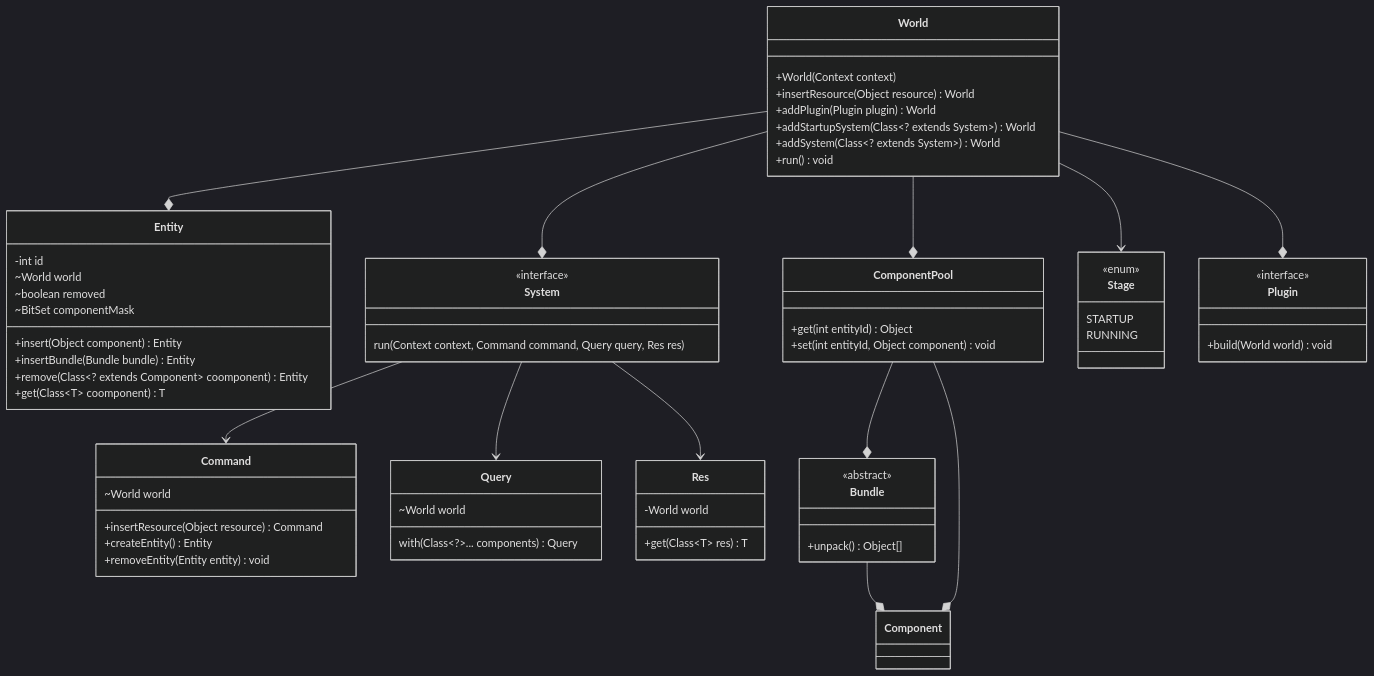
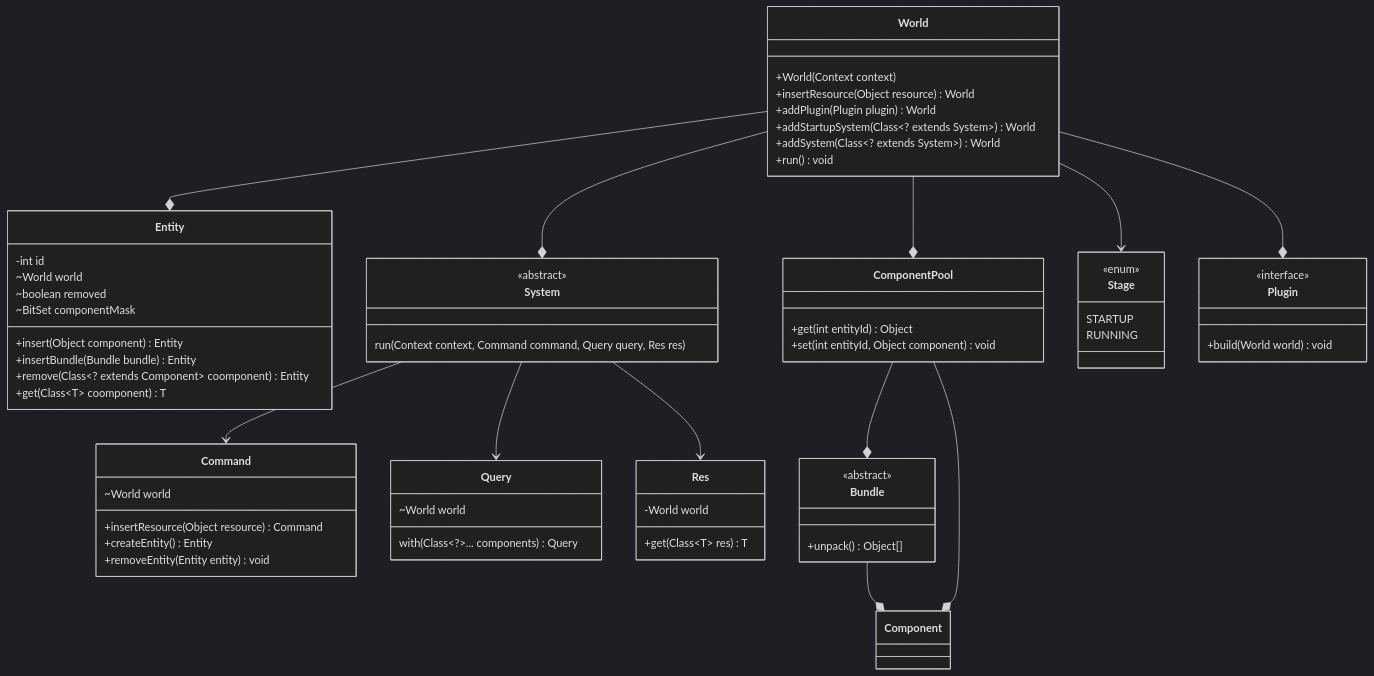
The diagram in doc/ECS.mmd (ikws4/DewEngine), drawn with Mermaid (dark theme) before and after one commit. The commit also changed 8 other files, not shown here.

```diff
--- a/doc/ECS.mmd
+++ b/doc/ECS.mmd
@@ -1,69 +1,69 @@
 classDiagram
     class Component
 
     class World
         World : +World(Context context)
         World : +insertResource(Object resource) World
         World : +addPlugin(Plugin plugin) World
         World : +addStartupSystem(Class~? extends System~) World
         World : +addSystem(Class~? extends System~) World
         World : +run() void
 
     class Command
         Command : ~World world
 
         Command : +insertResource(Object resource) Command
         Command : +createEntity() Entity
         Command : +removeEntity(Entity entity) void
 
     class Entity
         Entity : -int id
         Entity : ~World world
         Entity : ~boolean removed
         Entity : ~BitSet componentMask
         
         Entity : +insert(Object component) Entity
         Entity : +insertBundle(Bundle bundle) Entity
         Entity : +remove(Class~? extends Component~ coomponent) Entity
         Entity : +get(Class~T~ coomponent) T
 
     class System
-        <<interface>> System
+        <<abstract>> System
         System : run(Context context, Command command, Query query, Res res)
 
     class Query
         Query : ~World world
         Query : with(Class~?~... components) Query
 
     class ComponentPool
         ComponentPool : +get(int entityId) Object
         ComponentPool : +set(int entityId, Object component) void
 
     class Stage 
         <<enum>> Stage
         Stage : STARTUP
         Stage : RUNNING
 
     class Res
         Res : -World world
         Res : +get(Class~T~ res) T
 
     class Bundle
         <<abstract>> Bundle
         Bundle : +unpack() Object[]
 
     class Plugin
         <<interface>> Plugin
         Plugin : +build(World world) void
 
     World --* System
     World --* Entity
     World --* ComponentPool
     World --> Stage
     World --* Plugin
     System --> Command
     System --> Query
     System --> Res
     Bundle --* Component
     ComponentPool --* Component
     ComponentPool --* Bundle
```
